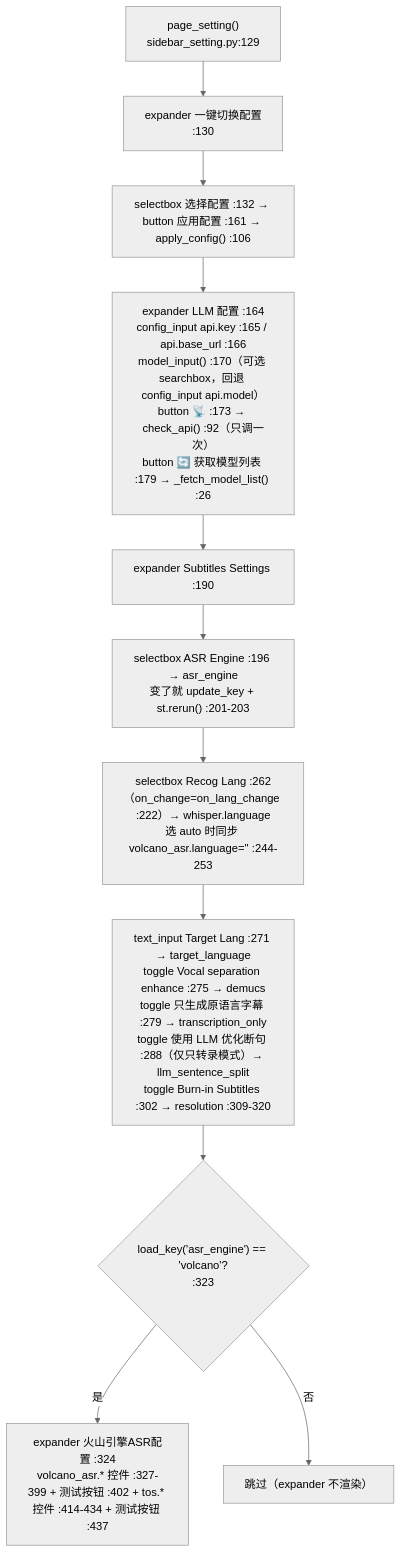
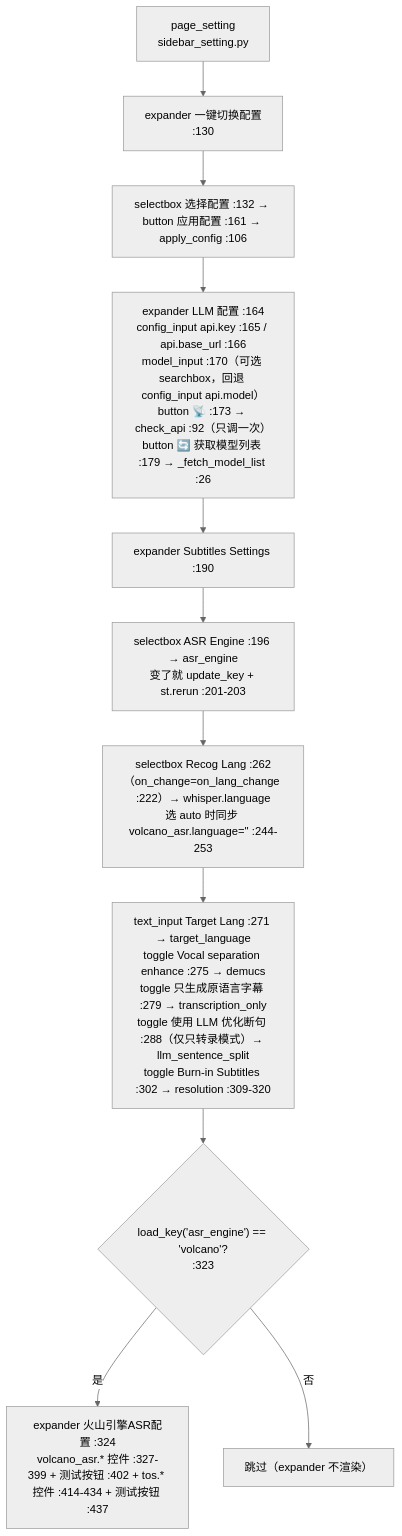
Before and after one commit to Brzjomo/VideoLingoMove: the second of 3 diagrams in devdocs/04-interfaces/02-Streamlit界面组件.md, drawn with Mermaid (neutral theme). The commit also changed other lines of this file and 33 other files, not shown here.

````diff
--- a/devdocs/04-interfaces/02-Streamlit界面组件.md
+++ b/devdocs/04-interfaces/02-Streamlit界面组件.md
@@ -86,13 +86,13 @@
 ```mermaid
 flowchart TD
-    A["page_setting()<br/>sidebar_setting.py:129"] --> B["expander 一键切换配置<br/>:130"]
-    B --> C["selectbox 选择配置 :132 → button 应用配置 :161 → apply_config() :106"]
-    C --> D["expander LLM 配置 :164<br/>config_input api.key :165 / api.base_url :166<br/>model_input() :170（可选 searchbox，回退 config_input api.model）<br/>button 📡 :173 → check_api() :92（只调一次）<br/>button 🔄 获取模型列表 :179 → _fetch_model_list() :26"]
-    D --> E["expander Subtitles Settings :190"]
-    E --> F["selectbox ASR Engine :196 → asr_engine<br/>变了就 update_key + st.rerun() :201-203"]
-    F --> G["selectbox Recog Lang :262（on_change=on_lang_change :222）→ whisper.language<br/>选 auto 时同步 volcano_asr.language='' :244-253"]
-    G --> H["text_input Target Lang :271 → target_language<br/>toggle Vocal separation enhance :275 → demucs<br/>toggle 只生成原语言字幕 :279 → transcription_only<br/>toggle 使用 LLM 优化断句 :288（仅只转录模式）→ llm_sentence_split<br/>toggle Burn-in Subtitles :302 → resolution :309-320"]
-    H --> I{"load_key('asr_engine') == 'volcano'?<br/>:323"}
-    I -- 是 --> J["expander 火山引擎ASR配置 :324<br/>volcano_asr.* 控件 :327-399 + 测试按钮 :402 + tos.* 控件 :414-434 + 测试按钮 :437"]
-    I -- 否 --> K["跳过（expander 不渲染）"]
+ A["page_setting<br/>sidebar_setting.py"] --> B["expander 一键切换配置<br/>:130"]
+ B --> C["selectbox 选择配置 :132 → button 应用配置 :161 → apply_config :106"]
+ C --> D["expander LLM 配置 :164<br/>config_input api.key :165 / api.base_url :166<br/>model_input :170（可选 searchbox，回退 config_input api.model）<br/>button 📡 :173 → check_api :92（只调一次）<br/>button 🔄 获取模型列表 :179 → _fetch_model_list :26"]
+ D --> E["expander Subtitles Settings :190"]
+ E --> F["selectbox ASR Engine :196 → asr_engine<br/>变了就 update_key + st.rerun :201-203"]
+ F --> G["selectbox Recog Lang :262（on_change=on_lang_change :222）→ whisper.language<br/>选 auto 时同步 volcano_asr.language='' :244-253"]
+ G --> H["text_input Target Lang :271 → target_language<br/>toggle Vocal separation enhance :275 → demucs<br/>toggle 只生成原语言字幕 :279 → transcription_only<br/>toggle 使用 LLM 优化断句 :288（仅只转录模式）→ llm_sentence_split<br/>toggle Burn-in Subtitles :302 → resolution :309-320"]
+ H --> I{"load_key('asr_engine') == 'volcano'?<br/>:323"}
+ I -- 是 --> J["expander 火山引擎ASR配置 :324<br/>volcano_asr.* 控件 :327-399 + 测试按钮 :402 + tos.* 控件 :414-434 + 测试按钮 :437"]
+ I -- 否 --> K["跳过（expander 不渲染）"]
 ```
````
